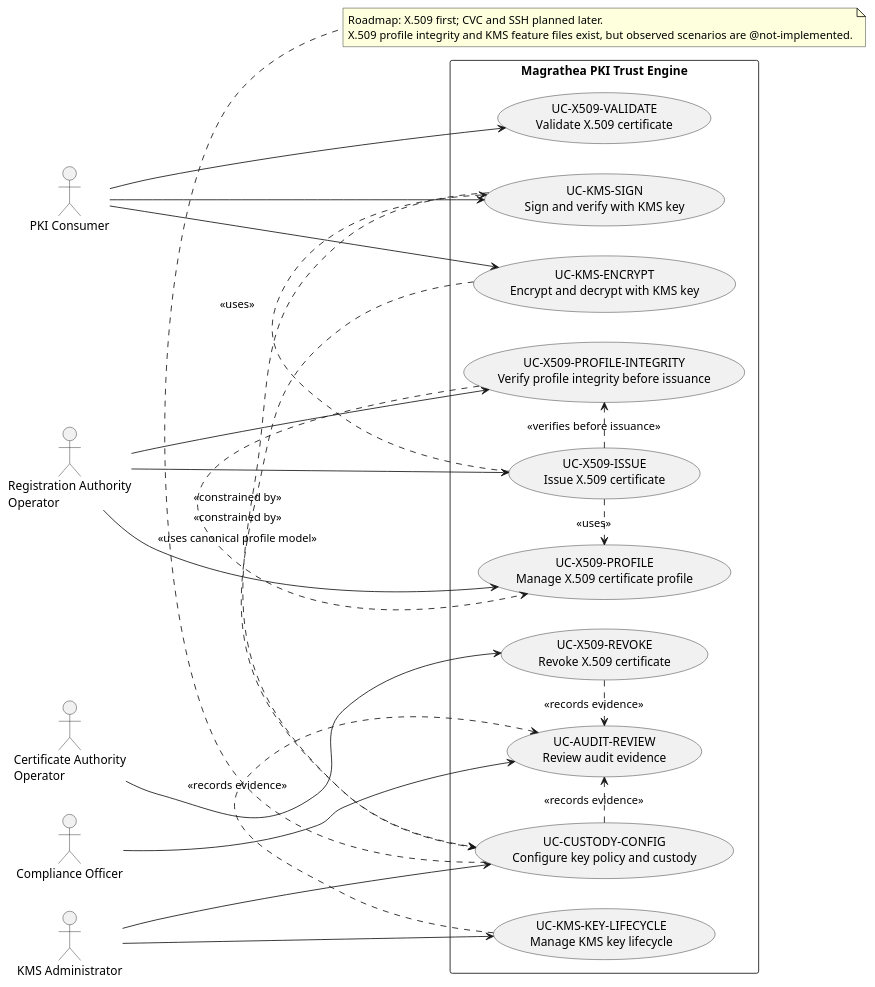
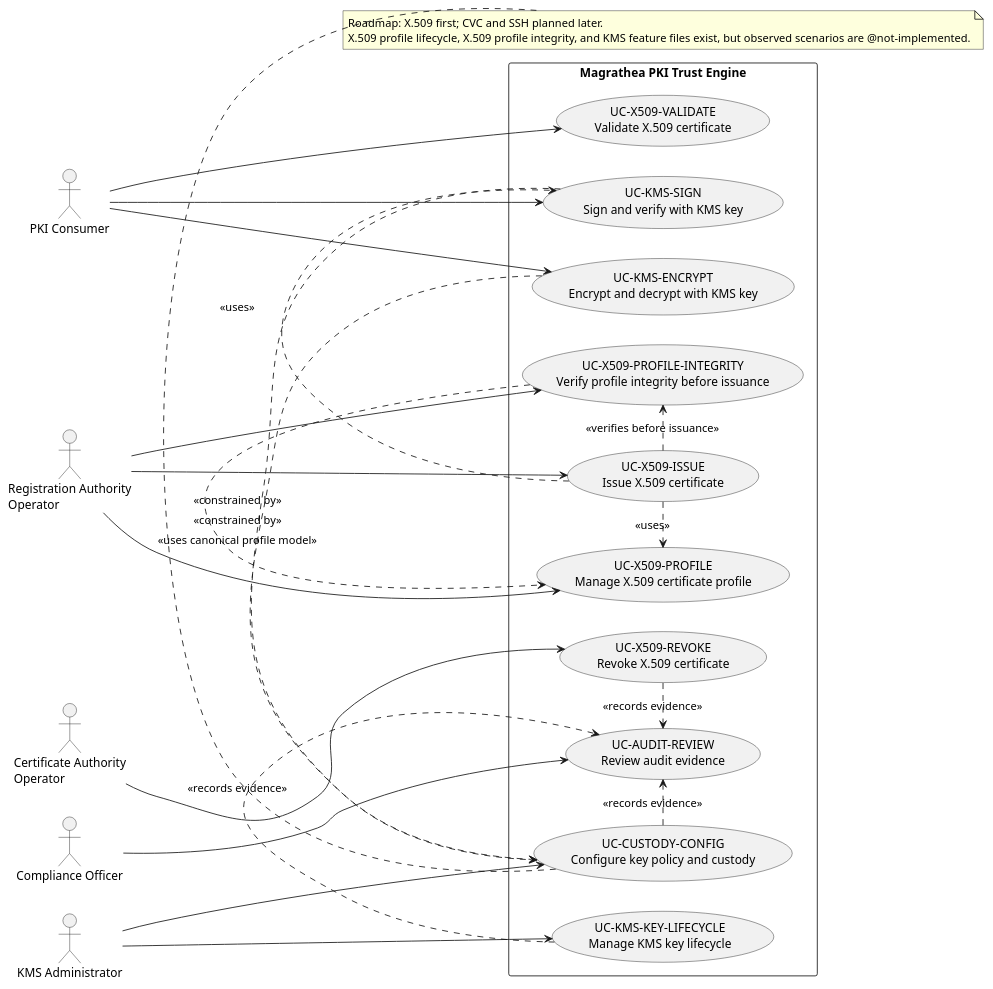
Before and after one commit to Magrathea-oss/magrathea-pki: the diagram in docs/arc42/appendix-requirements.adoc, drawn with PlantUML. The commit also changed other lines of this file and 10 other files, not shown here.

Commit message:
feat(x509): add profile lifecycle event envelope slice

```diff
--- a/docs/arc42/appendix-requirements.adoc
+++ b/docs/arc42/appendix-requirements.adoc
@@ -121,53 +126,53 @@
 [plantuml,magrathea-pki-use-case-overview,svg]
 ----
 @startuml
 left to right direction
 skinparam packageStyle rectangle
 
 actor "PKI Consumer" as Consumer
 actor "Registration Authority\nOperator" as RA
 actor "Certificate Authority\nOperator" as CA
 actor "Compliance Officer" as Compliance
 actor "KMS Administrator" as KMSAdmin
 
 rectangle "Magrathea PKI Trust Engine" {
   usecase "UC-X509-PROFILE\nManage X.509 certificate profile" as UC_X509_PROFILE
   usecase "UC-X509-PROFILE-INTEGRITY\nVerify profile integrity before issuance" as UC_X509_PROFILE_INTEGRITY
   usecase "UC-X509-ISSUE\nIssue X.509 certificate" as UC_X509_ISSUE
   usecase "UC-X509-REVOKE\nRevoke X.509 certificate" as UC_X509_REVOKE
   usecase "UC-X509-VALIDATE\nValidate X.509 certificate" as UC_X509_VALIDATE
 
   usecase "UC-KMS-KEY-LIFECYCLE\nManage KMS key lifecycle" as UC_KMS_KEY_LIFECYCLE
   usecase "UC-KMS-SIGN\nSign and verify with KMS key" as UC_KMS_SIGN
   usecase "UC-KMS-ENCRYPT\nEncrypt and decrypt with KMS key" as UC_KMS_ENCRYPT
   usecase "UC-AUDIT-REVIEW\nReview audit evidence" as UC_AUDIT_REVIEW
   usecase "UC-CUSTODY-CONFIG\nConfigure key policy and custody" as UC_CUSTODY_CONFIG
 }
 
 RA --> UC_X509_PROFILE
 RA --> UC_X509_PROFILE_INTEGRITY
 RA --> UC_X509_ISSUE
 CA --> UC_X509_REVOKE
 Consumer --> UC_X509_VALIDATE
 Consumer --> UC_KMS_SIGN
 Consumer --> UC_KMS_ENCRYPT
 KMSAdmin --> UC_KMS_KEY_LIFECYCLE
 KMSAdmin --> UC_CUSTODY_CONFIG
 Compliance --> UC_AUDIT_REVIEW
 
 UC_X509_ISSUE .> UC_X509_PROFILE : <<uses>>
 UC_X509_ISSUE .> UC_X509_PROFILE_INTEGRITY : <<verifies before issuance>>
 UC_X509_PROFILE_INTEGRITY .> UC_X509_PROFILE : <<uses canonical profile model>>
 UC_X509_ISSUE .> UC_KMS_SIGN : <<uses>>
 UC_X509_REVOKE .> UC_AUDIT_REVIEW : <<records evidence>>
 UC_KMS_SIGN .> UC_CUSTODY_CONFIG : <<constrained by>>
 UC_KMS_ENCRYPT .> UC_CUSTODY_CONFIG : <<constrained by>>
 UC_KMS_KEY_LIFECYCLE .> UC_AUDIT_REVIEW : <<records evidence>>
 UC_CUSTODY_CONFIG .> UC_AUDIT_REVIEW : <<records evidence>>
 
 note bottom
   Roadmap: X.509 first; CVC and SSH planned later.
-  X.509 profile integrity and KMS feature files exist, but observed scenarios are @not-implemented.
+  X.509 profile lifecycle, X.509 profile integrity, and KMS feature files exist, but observed scenarios are @not-implemented.
 end note
 @enduml
 ----
```
